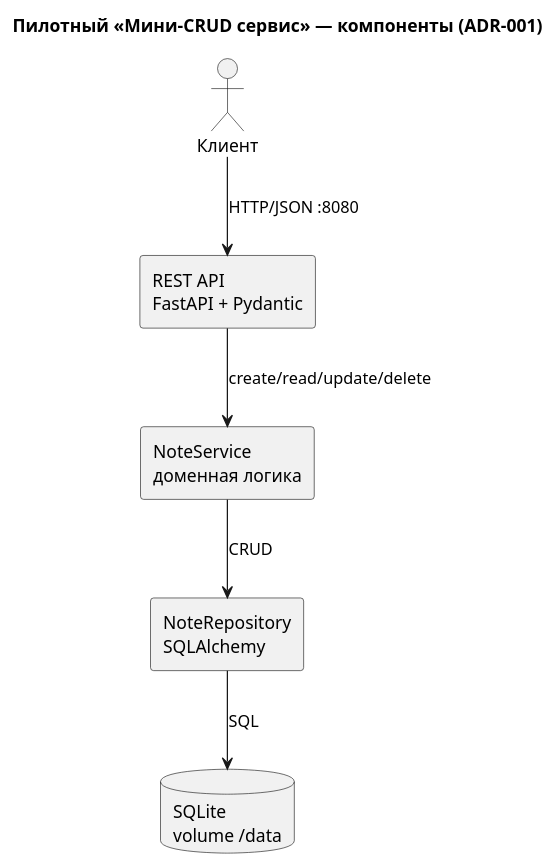
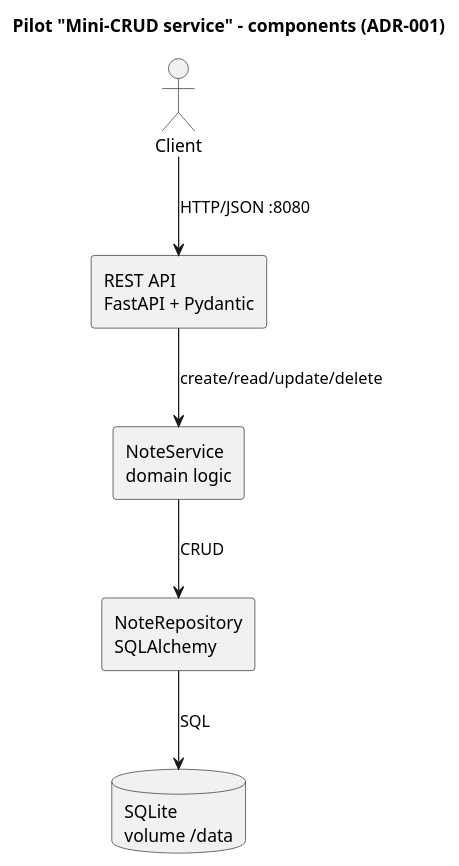
The diagram in docs/architecture/pilot-components.puml (serge-sasov/harness), drawn with PlantUML before and after one commit. The commit also changed 62 other files, not shown here.

```diff
--- a/docs/architecture/pilot-components.puml
+++ b/docs/architecture/pilot-components.puml
@@ -1,16 +1,16 @@
 @startuml
 skinparam componentStyle rectangle
 skinparam defaultFontName Segoe UI
-title Пилотный «Мини-CRUD сервис» — компоненты (ADR-001)
+title Pilot "Mini-CRUD service" - components (ADR-001)
 
-actor "Клиент" as client
+actor "Client" as client
 component "REST API\nFastAPI + Pydantic" as api
-component "NoteService\nдоменная логика" as svc
+component "NoteService\ndomain logic" as svc
 component "NoteRepository\nSQLAlchemy" as repo
 database "SQLite\nvolume /data" as db
 
 client --> api : HTTP/JSON :8080
 api --> svc : create/read/update/delete
 svc --> repo : CRUD
 repo --> db : SQL
 @enduml
```
